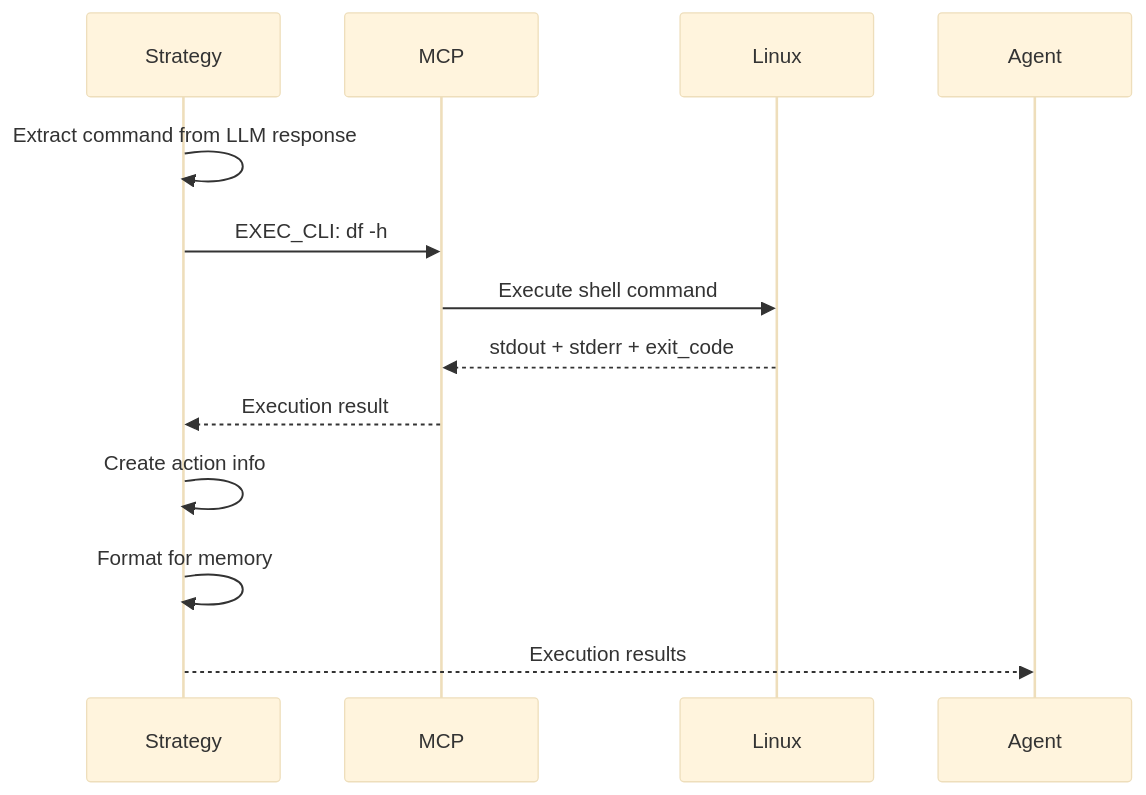
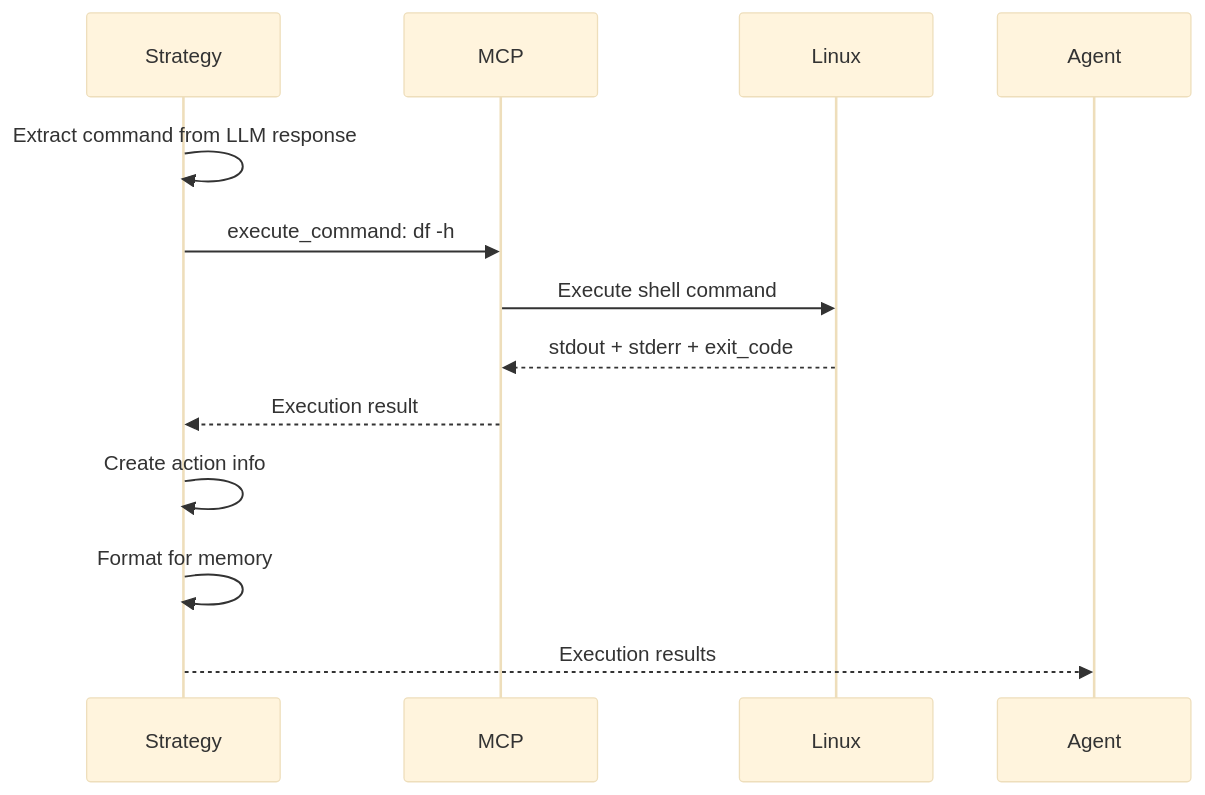
Before and after one commit to microsoft/UFO: the third of 5 diagrams in documents/docs/linux/strategy.md, drawn with Mermaid (base theme). The commit also changed other lines of this file and 4 other files, not shown here.

````diff
--- a/documents/docs/linux/strategy.md
+++ b/documents/docs/linux/strategy.md
@@ -235,17 +214,17 @@
 ```mermaid
 sequenceDiagram
     participant Strategy
     participant MCP
     participant Linux
     
     Strategy->>Strategy: Extract command from LLM response
-    Strategy->>MCP: EXEC_CLI: df -h
+    Strategy->>MCP: execute_command: df -h
     
     MCP->>Linux: Execute shell command
     Linux-->>MCP: stdout + stderr + exit_code
     
     MCP-->>Strategy: Execution result
     Strategy->>Strategy: Create action info
     Strategy->>Strategy: Format for memory
     Strategy-->>Agent: Execution results
 ```
````
